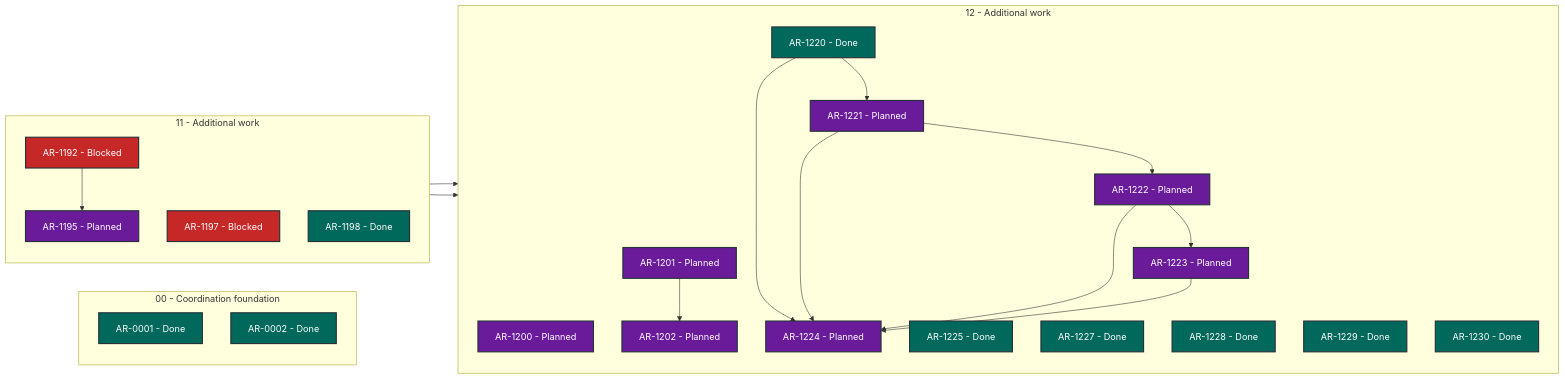
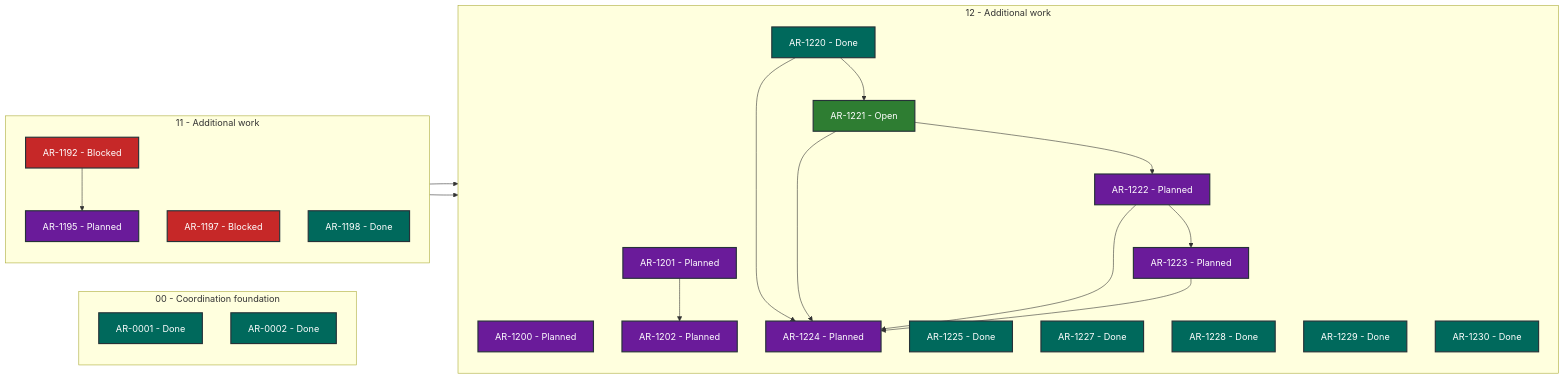
The diagram in STATUS.md (martin-beck/asb-tui-state), drawn with Mermaid before and after one commit. The commit also changed other lines of this file and 2 other files, not shown here.

````diff
--- a/STATUS.md
+++ b/STATUS.md
@@ -27,50 +27,50 @@
 ```mermaid
 flowchart LR
     subgraph series_00["00 - Coordination foundation"]
         direction TB
         AR_0001["AR-0001 - Done"]:::status_done
         AR_0002["AR-0002 - Done"]:::status_done
     end
     subgraph series_11["11 - Additional work"]
         direction TB
         AR_1192["AR-1192 - Blocked"]:::status_blocked
         AR_1195["AR-1195 - Planned"]:::status_planned
         AR_1197["AR-1197 - Blocked"]:::status_blocked
         AR_1198["AR-1198 - Done"]:::status_done
     end
     subgraph series_12["12 - Additional work"]
         direction TB
         AR_1200["AR-1200 - Planned"]:::status_planned
         AR_1201["AR-1201 - Planned"]:::status_planned
         AR_1202["AR-1202 - Planned"]:::status_planned
         AR_1220["AR-1220 - Done"]:::status_done
-        AR_1221["AR-1221 - Planned"]:::status_planned
+        AR_1221["AR-1221 - Open"]:::status_open
         AR_1222["AR-1222 - Planned"]:::status_planned
         AR_1223["AR-1223 - Planned"]:::status_planned
         AR_1224["AR-1224 - Planned"]:::status_planned
         AR_1225["AR-1225 - Done"]:::status_done
         AR_1227["AR-1227 - Done"]:::status_done
         AR_1228["AR-1228 - Done"]:::status_done
         AR_1229["AR-1229 - Done"]:::status_done
         AR_1230["AR-1230 - Done"]:::status_done
     end
     AR_1192 --> AR_1195
     AR_1195 --> AR_1200
     AR_1197 --> AR_1201
     AR_1201 --> AR_1202
     AR_1220 --> AR_1221
     AR_1220 --> AR_1224
     AR_1221 --> AR_1222
     AR_1221 --> AR_1224
     AR_1222 --> AR_1223
     AR_1222 --> AR_1224
     AR_1223 --> AR_1224
     classDef status_in_progress fill:#1565c0,color:#ffffff,stroke:#263238,stroke-width:2px
     classDef status_open fill:#2e7d32,color:#ffffff,stroke:#263238,stroke-width:2px
     classDef status_blocked fill:#c62828,color:#ffffff,stroke:#263238,stroke-width:2px
     classDef status_planned fill:#6a1b9a,color:#ffffff,stroke:#263238,stroke-width:2px
     classDef status_future fill:#455a64,color:#ffffff,stroke:#263238,stroke-width:2px
     classDef status_done fill:#00695c,color:#ffffff,stroke:#263238,stroke-width:2px
     classDef status_cancelled fill:#616161,color:#ffffff,stroke:#263238,stroke-width:2px
     classDef status_superseded fill:#5d4037,color:#ffffff,stroke:#263238,stroke-width:2px
 ```
````
